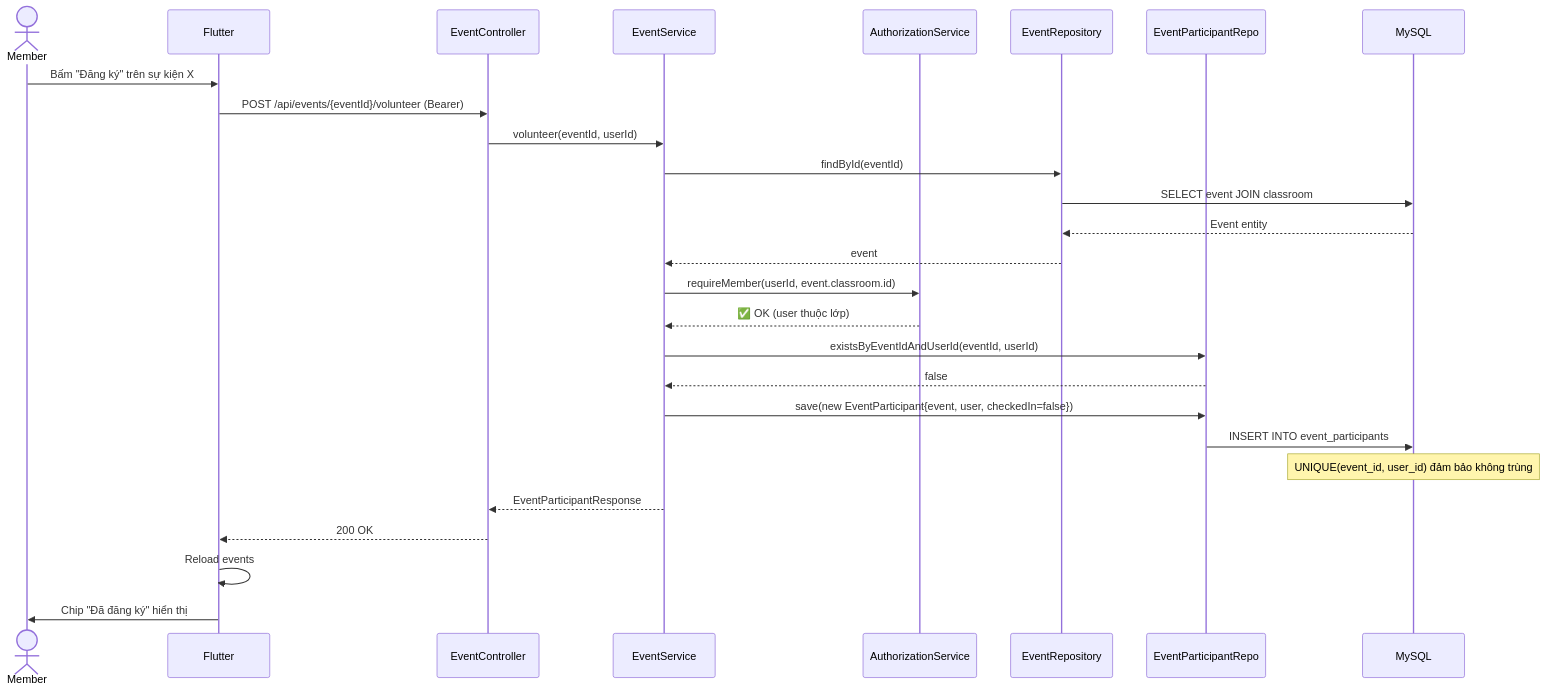
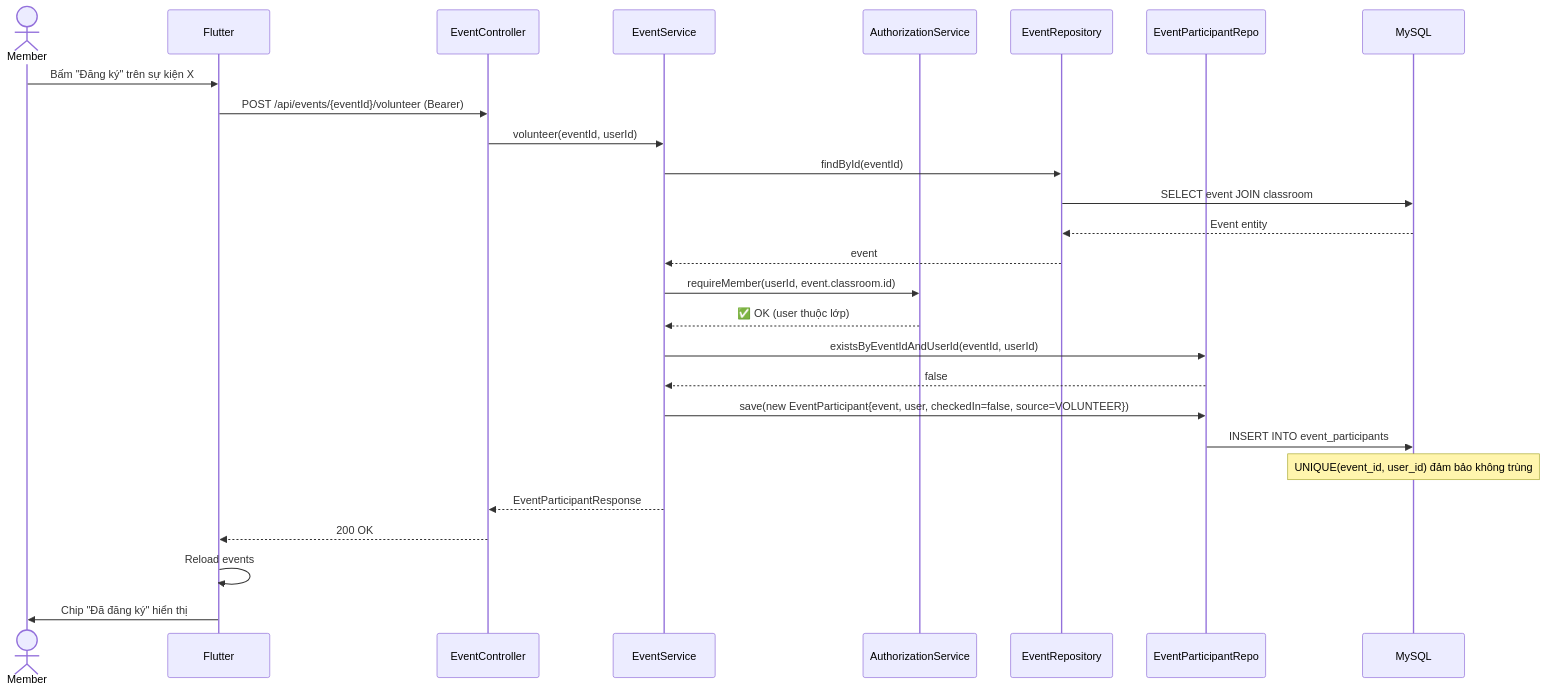
Before and after one commit to ndp-ab/classhub-docs: the fifth of 10 diagrams in 05-sequence-diagram.md, drawn with Mermaid. The commit also changed other lines of this file and 13 other files, not shown here.

````diff
--- a/05-sequence-diagram.md
+++ b/05-sequence-diagram.md
@@ -191,35 +191,35 @@
 ```mermaid
 sequenceDiagram
     actor M as Member
     participant F as Flutter
     participant EC as EventController
     participant ES as EventService
     participant AS as AuthorizationService
     participant ER as EventRepository
     participant EPR as EventParticipantRepo
     participant DB as MySQL
 
     M->>F: Bấm "Đăng ký" trên sự kiện X
     F->>EC: POST /api/events/{eventId}/volunteer (Bearer)
 
     EC->>ES: volunteer(eventId, userId)
     ES->>ER: findById(eventId)
     ER->>DB: SELECT event JOIN classroom
     DB-->>ER: Event entity
     ER-->>ES: event
 
     ES->>AS: requireMember(userId, event.classroom.id)
     AS-->>ES: ✅ OK (user thuộc lớp)
 
     ES->>EPR: existsByEventIdAndUserId(eventId, userId)
     EPR-->>ES: false
 
-    ES->>EPR: save(new EventParticipant{event, user, checkedIn=false})
+    ES->>EPR: save(new EventParticipant{event, user, checkedIn=false, source=VOLUNTEER})
     EPR->>DB: INSERT INTO event_participants
     Note over DB: UNIQUE(event_id, user_id) đảm bảo không trùng
 
     ES-->>EC: EventParticipantResponse
     EC-->>F: 200 OK
     F->>F: Reload events
     F->>M: Chip "Đã đăng ký" hiển thị
 ```
````
